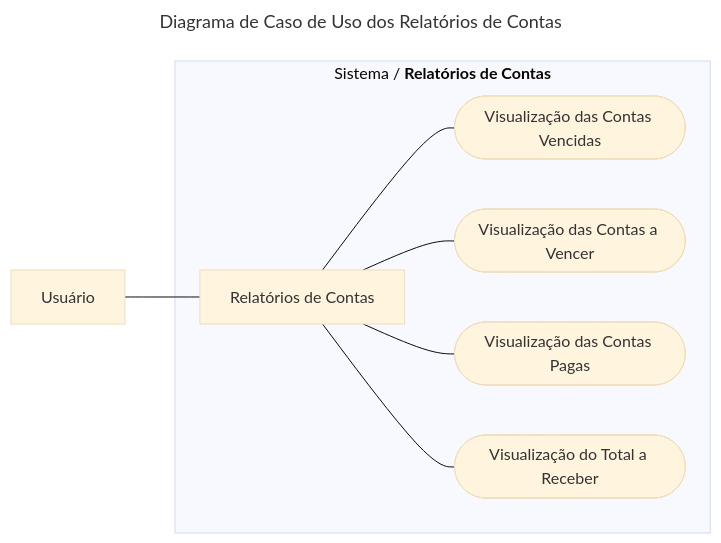
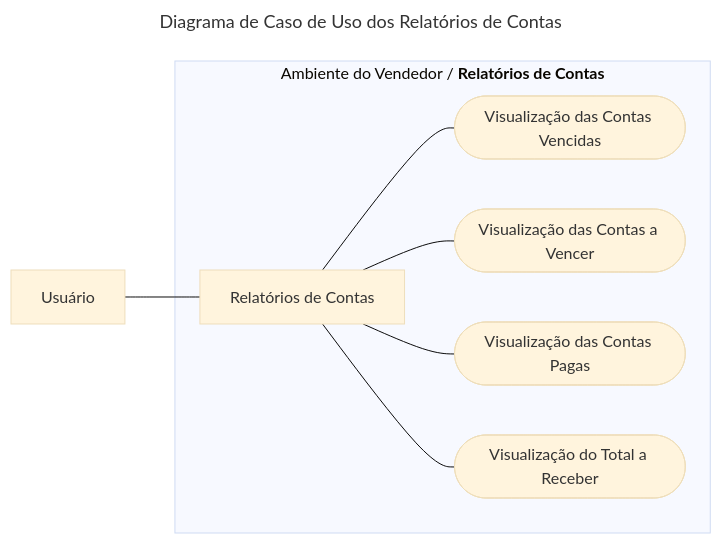
One commit to h4mn/fatec_tarefas changed diagram 12 of 24 in engenharia/diagrams.md. Above: the diagram before and after it, drawn with Mermaid (base theme). The commit also changed other lines of this file and 2 other files, not shown here.

````diff
--- a/engenharia/diagrams.md
+++ b/engenharia/diagrams.md
@@ -286,13 +286,13 @@
 ```mermaid
 ---
 title: Diagrama de Caso de Uso dos Relatórios de Contas
 ---
 graph LR
     A[Usuário] --- B[Relatórios de Contas]
-    subgraph "`Sistema / **Relatórios de Contas**`"
+    subgraph "`Ambiente do Vendedor / **Relatórios de Contas**`"
         B --- C([Visualização das Contas Vencidas])
         B --- D([Visualização das Contas a Vencer])
         B --- E([Visualização das Contas Pagas])
         B --- F([Visualização do Total a Receber])
     end
 ```
````
